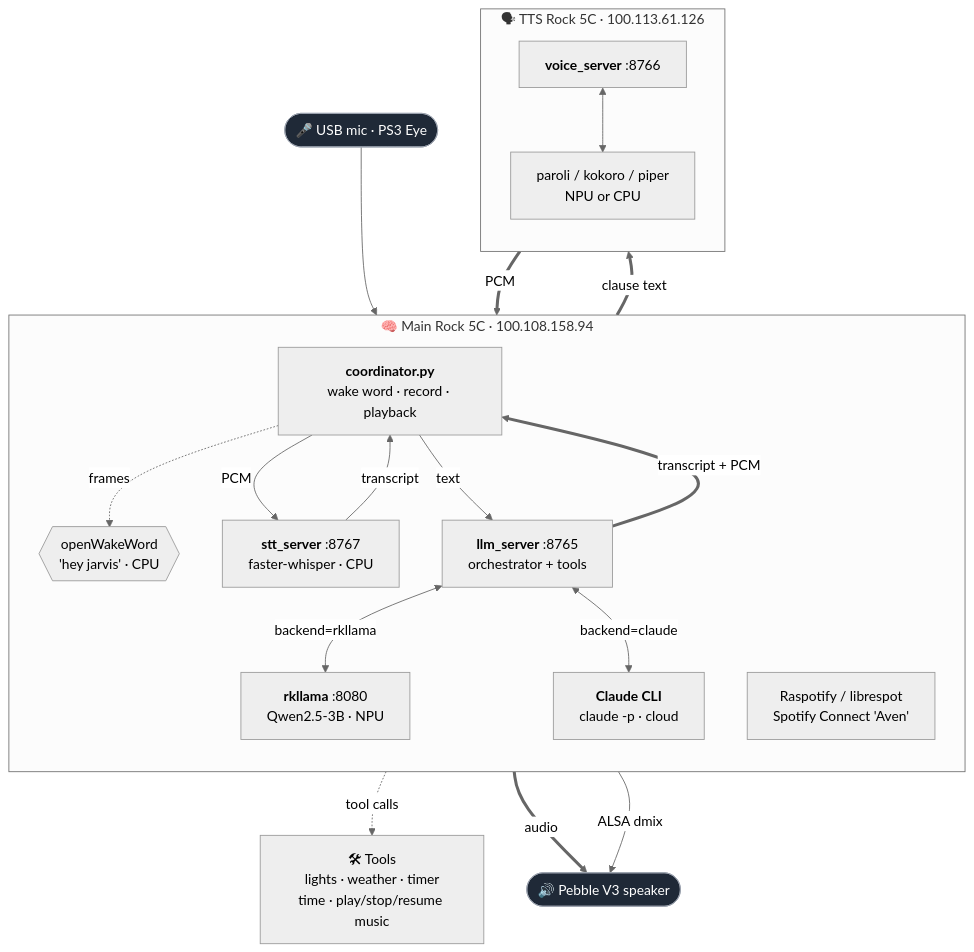
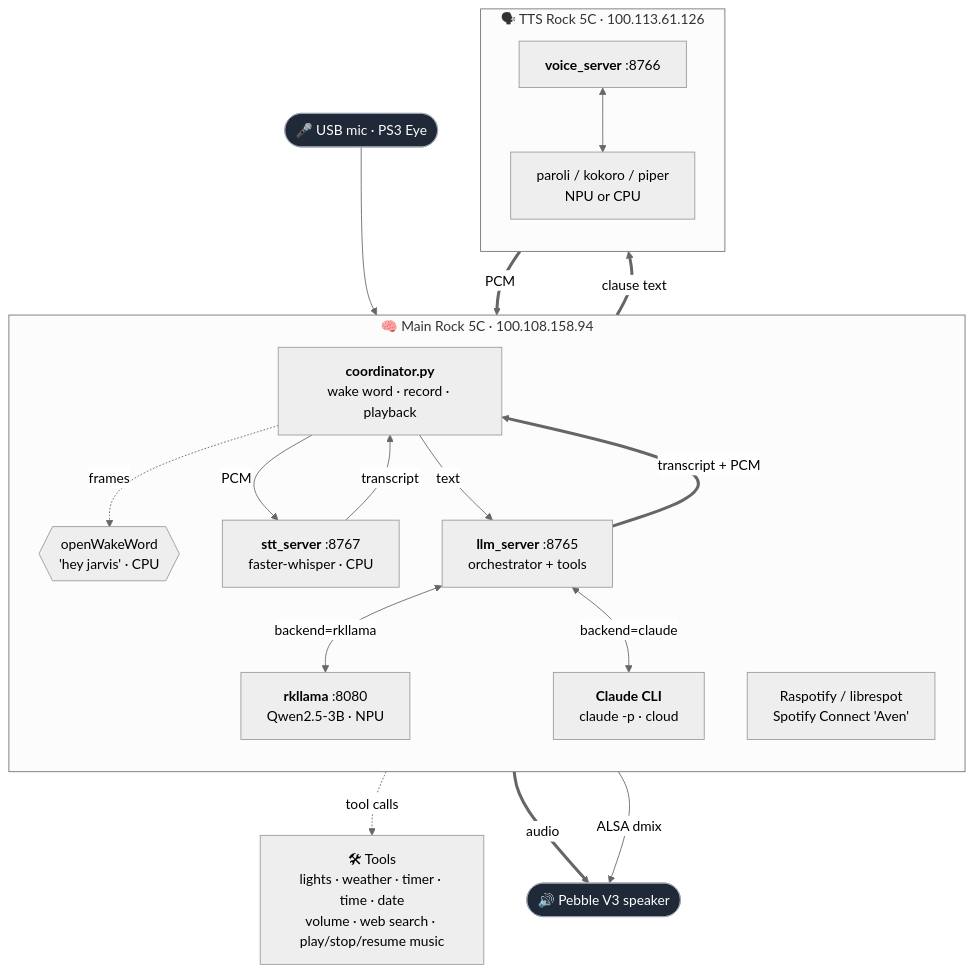
Before and after one commit to Melonmain/Aven: the first of 2 diagrams in README.md, drawn with Mermaid (neutral theme). The commit also changed other lines of this file and 1 other file, not shown here.

First line of the commit message:
Add web research, date, and volume tools

````diff
--- a/README.md
+++ b/README.md
@@ -25,41 +25,41 @@
 ```mermaid
 flowchart TB
     mic([🎤 USB mic · PS3 Eye]):::hw
     spk([🔊 Pebble V3 speaker]):::hw
 
     subgraph main["🧠 Main Rock 5C · 100.108.158.94"]
         direction TB
         coord["<b>coordinator.py</b><br/>wake word · record · playback"]
         ww{{"openWakeWord<br/>'hey jarvis' · CPU"}}
         stt["<b>stt_server</b> :8767<br/>faster-whisper · CPU"]
         llm["<b>llm_server</b> :8765<br/>orchestrator + tools"]
         rk["<b>rkllama</b> :8080<br/>Qwen2.5-3B · NPU"]
         cl["<b>Claude CLI</b><br/>claude -p · cloud"]
         rasp["Raspotify / librespot<br/>Spotify Connect 'Aven'"]
 
         coord -.->|frames| ww
         coord -->|PCM| stt -->|transcript| coord
         coord -->|text| llm
         llm <-->|backend=rkllama| rk
         llm <-->|backend=claude| cl
     end
 
     subgraph ttsb["🗣 TTS Rock 5C · 100.113.61.126"]
         direction TB
         voice["<b>voice_server</b> :8766"]
         engine["paroli / kokoro / piper<br/>NPU or CPU"]
         voice <--> engine
     end
 
-    tools["🛠 Tools<br/>lights · weather · timer<br/>time · play/stop/resume music"]
+    tools["🛠 Tools<br/>lights · weather · timer · time · date<br/>volume · web search · play/stop/resume music"]
 
     mic --> coord
     llm -.->|tool calls| tools
     llm ==>|clause text| voice
     voice ==>|PCM| llm
     llm ==>|transcript + PCM| coord
     coord ==>|audio| spk
     rasp -->|ALSA dmix| spk
 
     classDef hw fill:#1f2937,stroke:#9ca3af,color:#fff;
 ```
````
